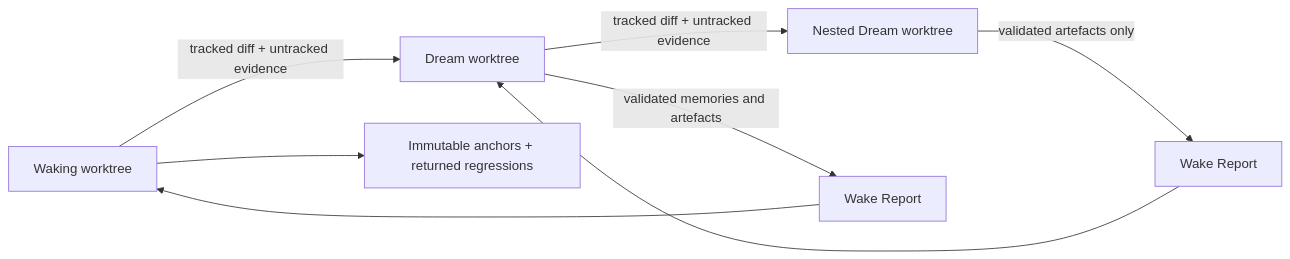
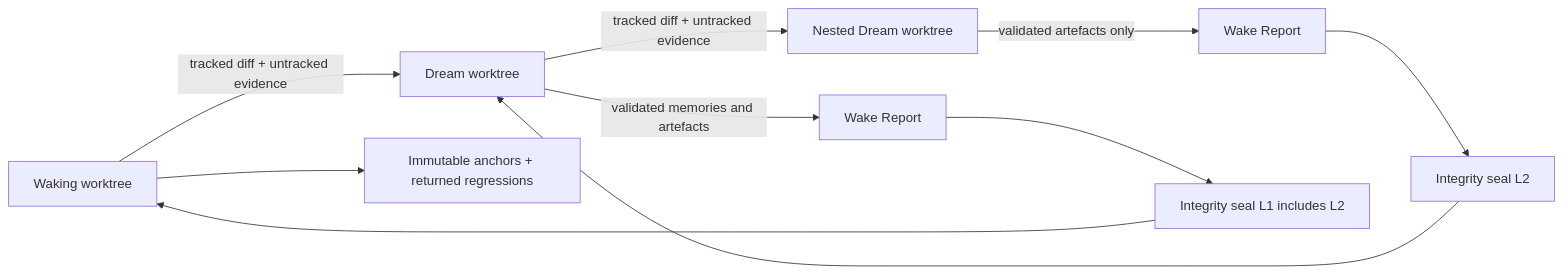
One commit to alangunning/inception-reality-engine changed the third of 5 diagrams in docs/RUNTIME_FLOWS.md. Above: the diagram before and after it, drawn with Mermaid. The commit also changed other lines of this file and 42 other files, not shown here.

````diff
--- a/docs/RUNTIME_FLOWS.md
+++ b/docs/RUNTIME_FLOWS.md
@@ -70,10 +75,12 @@
 ```mermaid
 flowchart LR
   R0[Waking worktree] -->|tracked diff + untracked evidence| R1[Dream worktree]
   R1 -->|tracked diff + untracked evidence| R2[Nested Dream worktree]
   R2 -->|validated artefacts only| W2[Wake Report]
-  W2 --> R1
+  W2 --> T2[Integrity seal L2]
+  T2 --> R1
   R1 -->|validated memories and artefacts| W1[Wake Report]
-  W1 --> R0
+  W1 --> T1[Integrity seal L1 includes L2]
+  T1 --> R0
   R0 --> Proofs[Immutable anchors + returned regressions]
 ```
````
